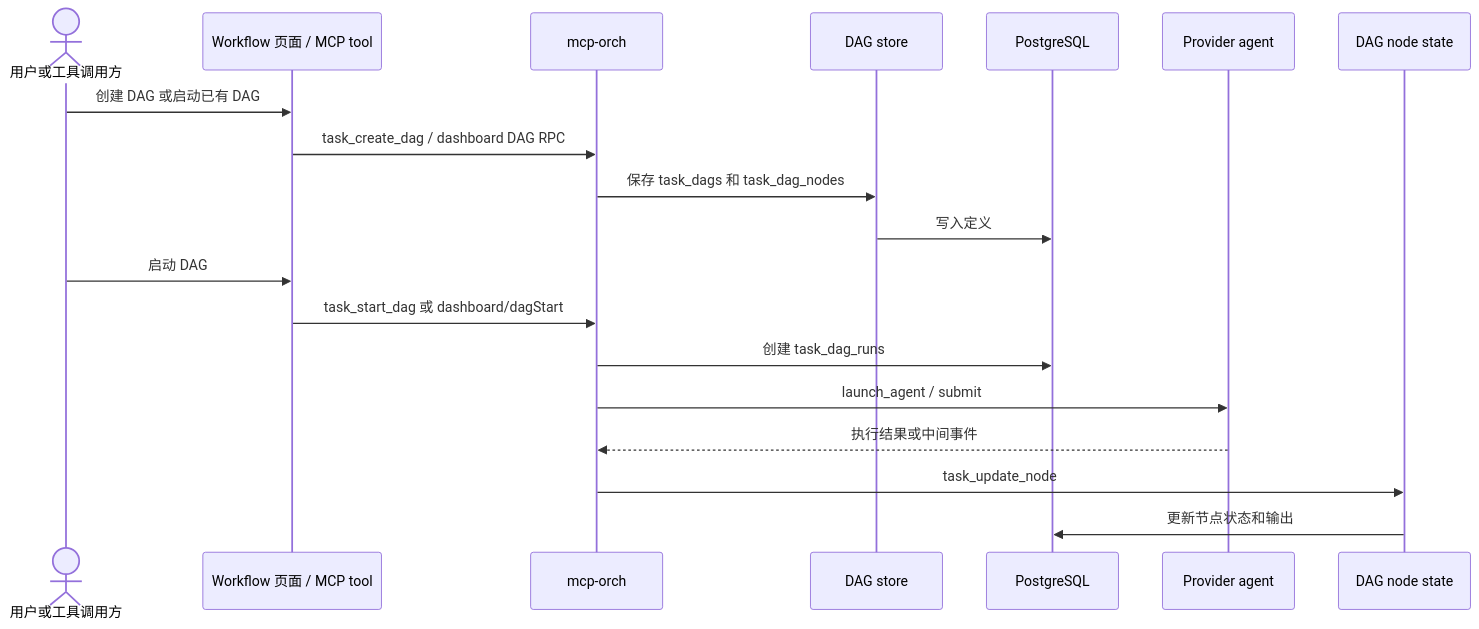
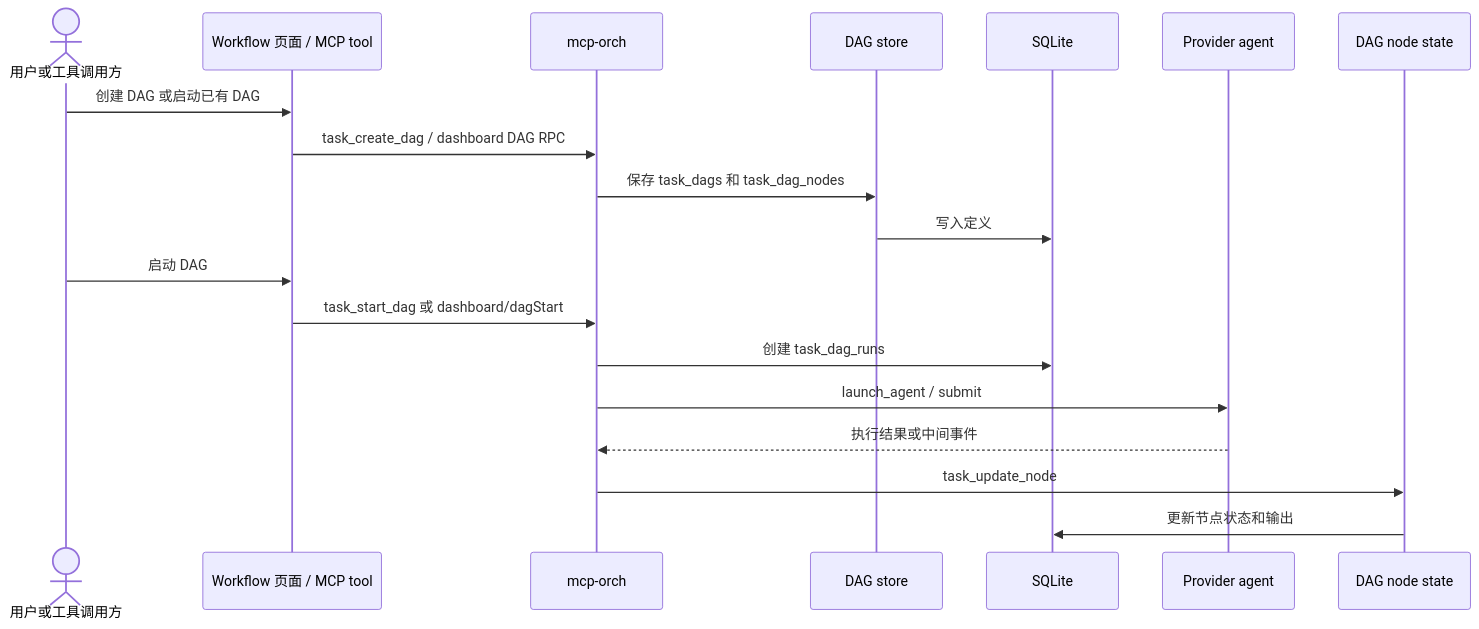
The third of 4 diagrams in docs/ai01-docs/project-sop/05-interfaces-and-sequences.md (lihah111222333-cloud/Super-Dolphin-Agent-Cockpit), drawn with Mermaid before and after one commit. The commit also changed other lines of this file and 319 other files, not shown here.

First line of the commit message:
修复 SQLite 存储语义并删除 PostgreSQL 遗留

````diff
--- a/docs/ai01-docs/project-sop/05-interfaces-and-sequences.md
+++ b/docs/ai01-docs/project-sop/05-interfaces-and-sequences.md
@@ -82,22 +82,22 @@
 ```mermaid
 sequenceDiagram
   actor User as 用户或工具调用方
   participant UI as Workflow 页面 / MCP tool
   participant Orch as mcp-orch
   participant Store as DAG store
-  participant DB as PostgreSQL
+  participant DB as SQLite
   participant Agent as Provider agent
   participant Node as DAG node state
 
   User->>UI: 创建 DAG 或启动已有 DAG
   UI->>Orch: task_create_dag / dashboard DAG RPC
   Orch->>Store: 保存 task_dags 和 task_dag_nodes
   Store->>DB: 写入定义
   User->>UI: 启动 DAG
   UI->>Orch: task_start_dag 或 dashboard/dagStart
   Orch->>DB: 创建 task_dag_runs
   Orch->>Agent: launch_agent / submit
   Agent-->>Orch: 执行结果或中间事件
   Orch->>Node: task_update_node
   Node->>DB: 更新节点状态和输出
 ```
````
